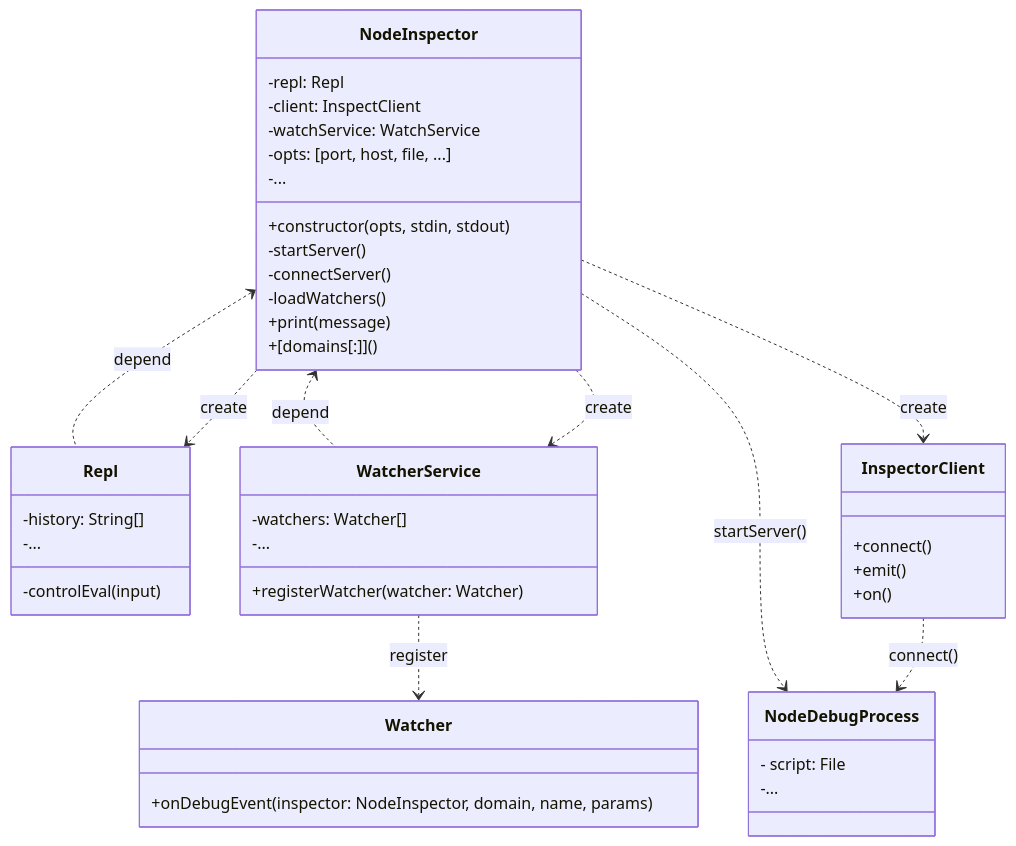
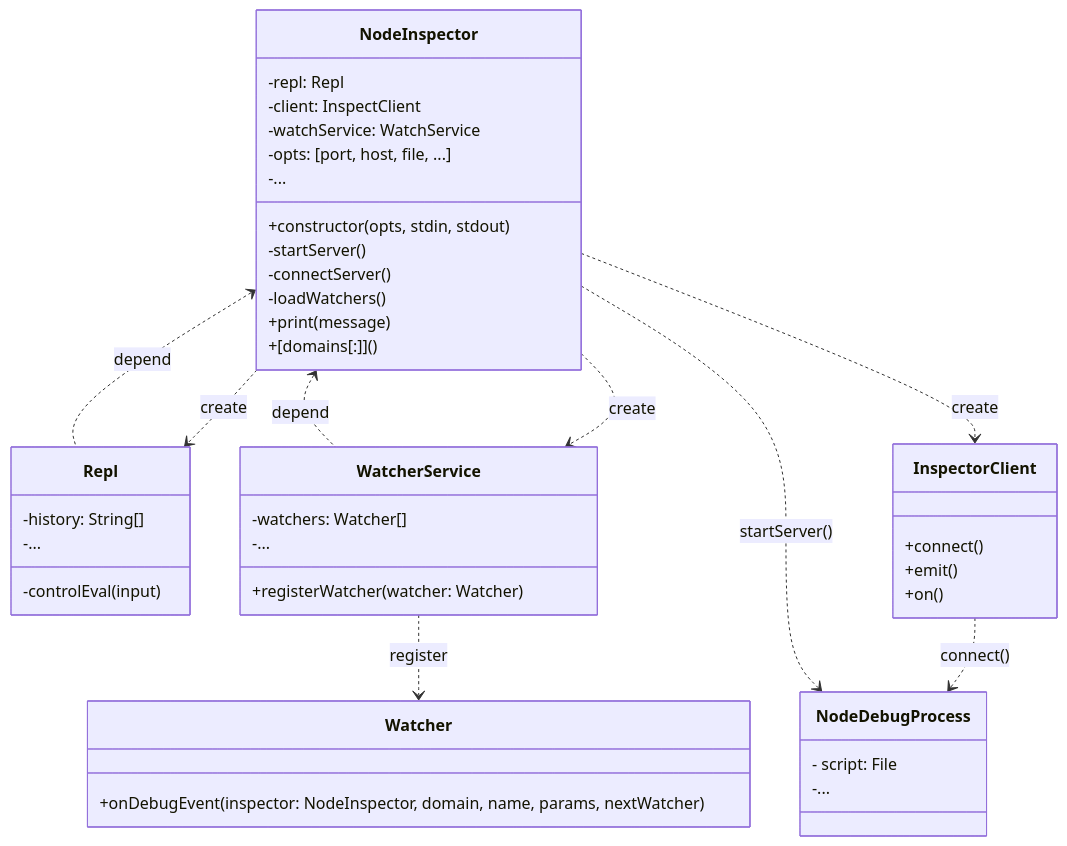
Before and after one commit to ecpy2020/ndx: the diagram in structure.mermaid, drawn with Mermaid. The commit also changed 1 other file, not shown here.

Commit message:
updated mermaid and image

````diff
--- a/structure.mermaid
+++ b/structure.mermaid
@@ -1,52 +1,52 @@
 ```mermaid
  classDiagram
 		NodeInspector <.. Repl: depend
 	  NodeInspector ..> Repl: create
 		NodeInspector <.. WatcherService: depend
 	  NodeInspector ..> WatcherService: create
 	  NodeInspector ..> InspectorClient: create
 	  NodeInspector ..> NodeDebugProcess: startServer()
 	  InspectorClient ..> NodeDebugProcess: connect()
 	  WatcherService ..> Watcher: register
 
 	  class NodeDebugProcess{
 	  	- script: File
     -...
 	  }
 
 		class NodeInspector{
 				-repl: Repl
 				-client: InspectClient
 		-watchService: WatchService
 		-opts: [port, host, file, ...]
   -...
 		+constructor(opts, stdin, stdout)
 		-startServer()
 		-connectServer()
 				-loadWatchers()
 		+print(message)
 		+[domains[:]]()
 		}
 
 	  class Repl {
     -history: String[]
     -...
 		  -controlEval(input)
 	  }
 
 		class InspectorClient{
 				+connect()
 				+emit()
 				+on()
 		}
 
 		class WatcherService{
 				-watchers: Watcher[]
     -...
 				+registerWatcher(watcher: Watcher)
 		}
 
 		class Watcher{
-				+onDebugEvent(inspector: NodeInspector, domain, name, params)		  
+				+onDebugEvent(inspector: NodeInspector, domain, name, params, nextWatcher)		  
 		}
 ```
````
